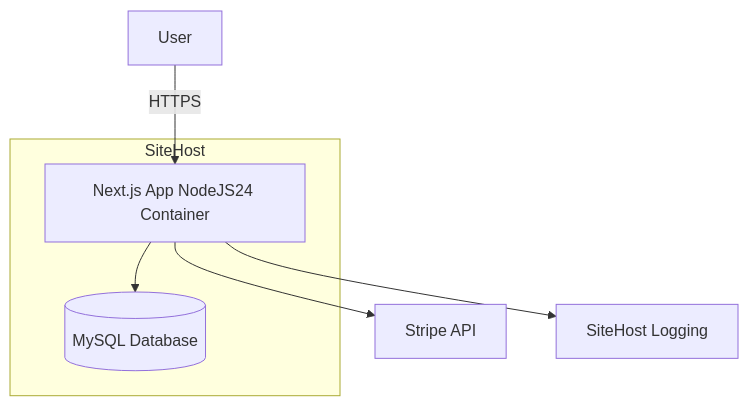
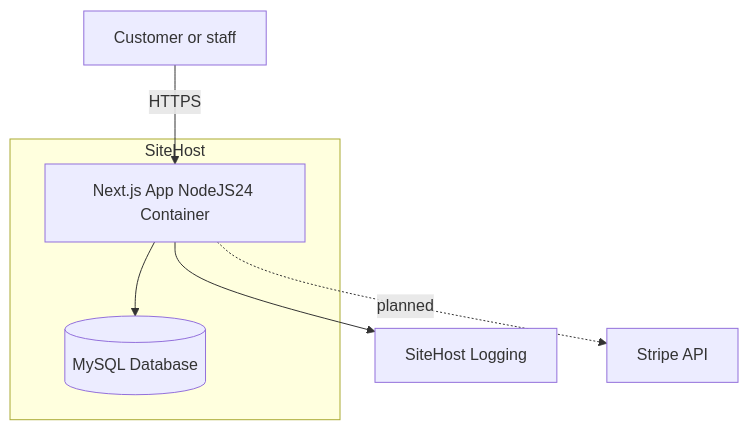
One commit to angelacollings/binrun changed the diagram in docs/diagrams/containers.md. Above: the diagram before and after it, drawn with Mermaid. The commit also changed 5 other files, not shown here.

````diff
--- a/docs/diagrams/containers.md
+++ b/docs/diagrams/containers.md
@@ -3,14 +3,13 @@
 ```mermaid
 graph TD
-User -->|HTTPS| App[Next.js App NodeJS24 Container]
+    User[Customer or staff] -->|HTTPS| App[Next.js App NodeJS24 Container]
 
     App --> DB[(MySQL Database)]
-    App --> StripeAPI[Stripe API]
-
     App --> Logs[SiteHost Logging]
+    App -. planned .-> StripeAPI[Stripe API]
 
     subgraph SiteHost
         App
         DB
     end
 ```
````
